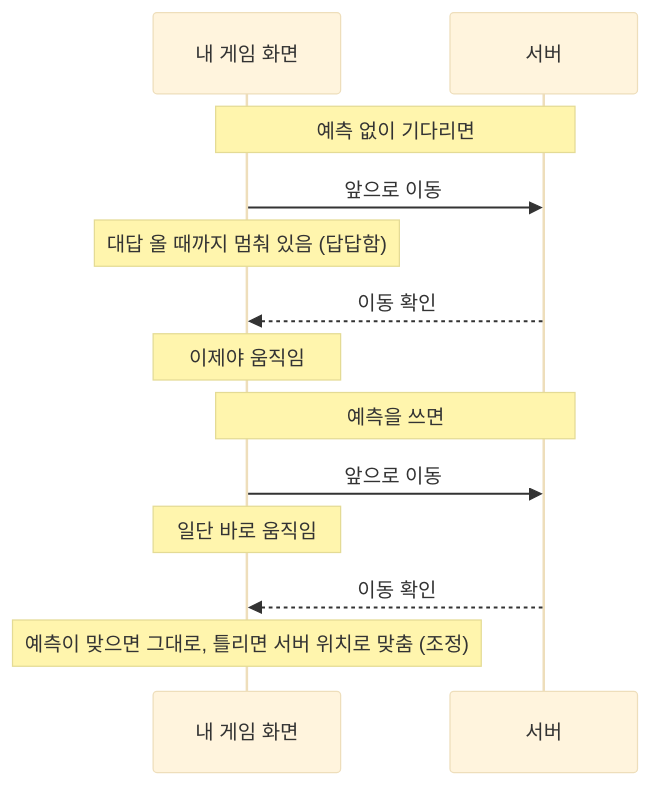
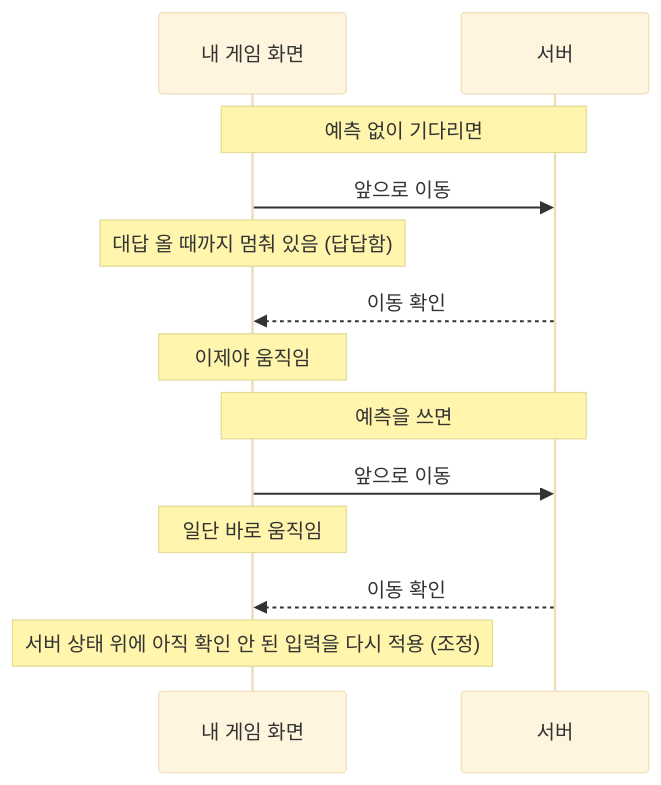
The second of 5 diagrams in CS_Basic/클라이언트-서버 구조 게임 관점(Game)/README.md (JangHwanPark/Note), drawn with Mermaid (base theme) before and after one commit. The commit also changed other lines of this file and 22 other files, not shown here.

Commit message:
note: 리뷰 지적 반영(CS_Basic, Architecture, NextJS, Canvas)

````diff
--- a/CS_Basic/클라이언트-서버 구조 게임 관점(Game)/README.md
+++ b/CS_Basic/클라이언트-서버 구조 게임 관점(Game)/README.md
@@ -62,15 +65,15 @@
 ```mermaid
 sequenceDiagram
     participant C as 내 게임 화면
     participant S as 서버
     Note over C,S: 예측 없이 기다리면
     C->>S: 앞으로 이동
     Note over C: 대답 올 때까지 멈춰 있음 (답답함)
     S-->>C: 이동 확인
     Note over C: 이제야 움직임
     Note over C,S: 예측을 쓰면
     C->>S: 앞으로 이동
     Note over C: 일단 바로 움직임
     S-->>C: 이동 확인
-    Note over C: 예측이 맞으면 그대로, 틀리면 서버 위치로 맞춤 (조정)
+    Note over C: 서버 상태 위에 아직 확인 안 된 입력을 다시 적용 (조정)
 ```
````
